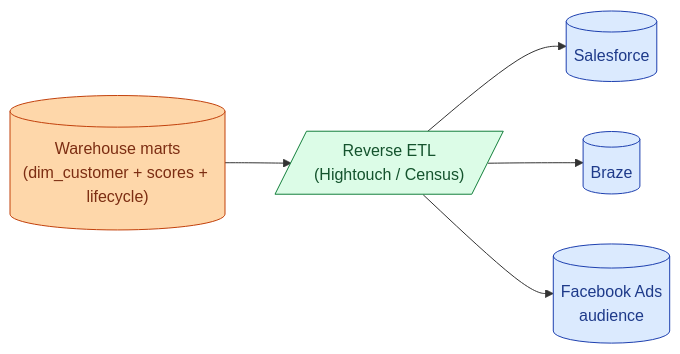
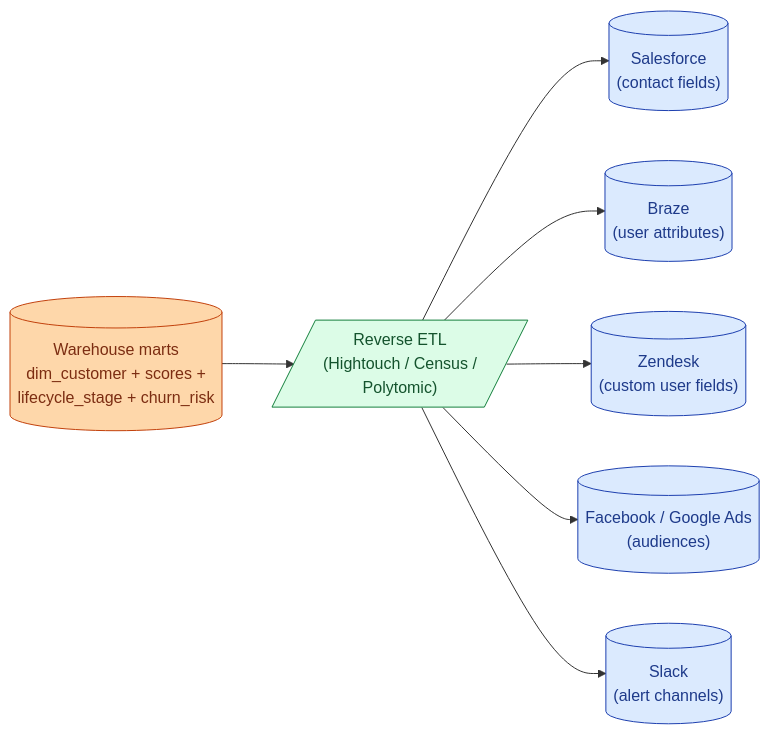
The first of 3 diagrams in _de_concepts/074-reverse-etl.md (shiningflash/shiningflash.github.io), drawn with Mermaid before and after one commit. The commit also changed other lines of this file and 69 other files, not shown here.

````diff
--- a/_de_concepts/074-reverse-etl.md
+++ b/_de_concepts/074-reverse-etl.md
@@ -12,12 +16,14 @@
 ```mermaid
 flowchart LR
-    Marts[("Warehouse marts<br/>(dim_customer + scores + lifecycle)")]:::m
-    Marts --> RETL[/"Reverse ETL<br/>(Hightouch / Census)"/]:::g
-    RETL --> SF[("Salesforce")]:::t
-    RETL --> Braze[("Braze")]:::t
-    RETL --> Ads[("Facebook Ads<br/>audience")]:::t
+    Marts[("Warehouse marts<br/>dim_customer + scores +<br/>lifecycle_stage + churn_risk")]:::m
+    Marts --> RETL[/"Reverse ETL<br/>(Hightouch / Census /<br/>Polytomic)"/]:::g
+    RETL --> SF[("Salesforce<br/>(contact fields)")]:::t
+    RETL --> Braze[("Braze<br/>(user attributes)")]:::t
+    RETL --> Zen[("Zendesk<br/>(custom user fields)")]:::t
+    RETL --> Ads[("Facebook / Google Ads<br/>(audiences)")]:::t
+    RETL --> Slack[("Slack<br/>(alert channels)")]:::t
 
     classDef m fill:#fed7aa,stroke:#c2410c,color:#7c2d12
     classDef g fill:#dcfce7,stroke:#15803d,color:#14532d
     classDef t fill:#dbeafe,stroke:#1e40af,color:#1e3a8a
 ```
````
